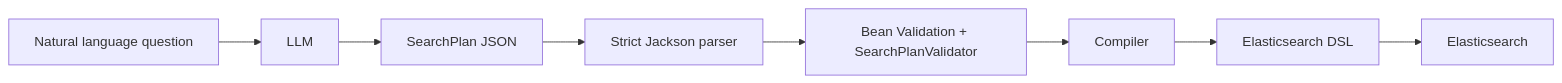
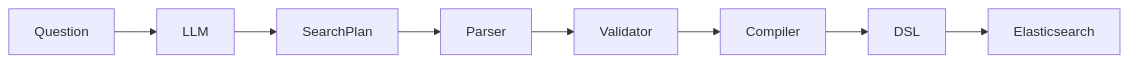
Before and after one commit to PhamVanMinhBinhThuan/soc-ai-search: the third of 4 diagrams in docs/architecture.md, drawn with Mermaid. The commit also changed other lines of this file and 8 other files, not shown here.

````diff
--- a/docs/architecture.md
+++ b/docs/architecture.md
@@ -162,19 +145,13 @@
 ```mermaid
 flowchart LR
-    Q["Natural language question"]
+    Q["Question"]
     LLM["LLM"]
-    Plan["SearchPlan JSON"]
-    Parser["Strict Jackson parser"]
-    Guard["Bean Validation + SearchPlanValidator"]
+    Plan["SearchPlan"]
+    Parser["Parser"]
+    Validator["Validator"]
     Compiler["Compiler"]
-    DSL["Elasticsearch DSL"]
+    DSL["DSL"]
     ES["Elasticsearch"]
 
-    Q --> LLM
-    LLM --> Plan
-    Plan --> Parser
-    Parser --> Guard
-    Guard --> Compiler
-    Compiler --> DSL
-    DSL --> ES
+    Q --> LLM --> Plan --> Parser --> Validator --> Compiler --> DSL --> ES
 ```
````
